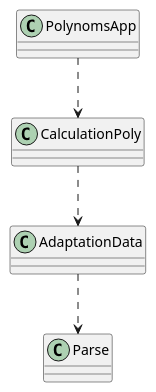
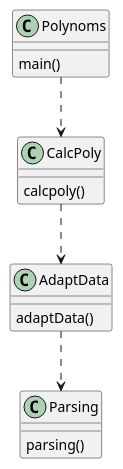
The diagram in src/main/java/diagramm.puml (Aneryd/Poly_2), drawn with PlantUML before and after one commit. The commit also changed 8 other files, not shown here.

```diff
--- a/src/main/java/diagramm.puml
+++ b/src/main/java/diagramm.puml
@@ -1,8 +1,12 @@
 @startuml
 'https://plantuml.com/sequence-diagram
 
-PolynomsApp ..> CalculationPoly
-CalculationPoly ..> AdaptationData
-AdaptationData ..> Parse
+Polynoms ..> CalcPoly
+Polynoms : main()
+CalcPoly ..> AdaptData
+CalcPoly : calcpoly()
+AdaptData ..> Parsing
+Parsing : parsing()
+AdaptData : adaptData()
 
 @enduml
```
